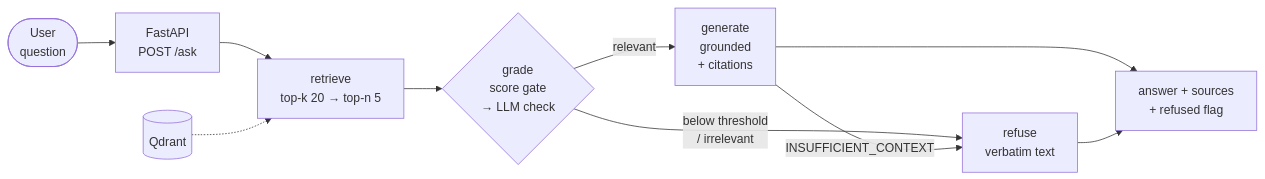
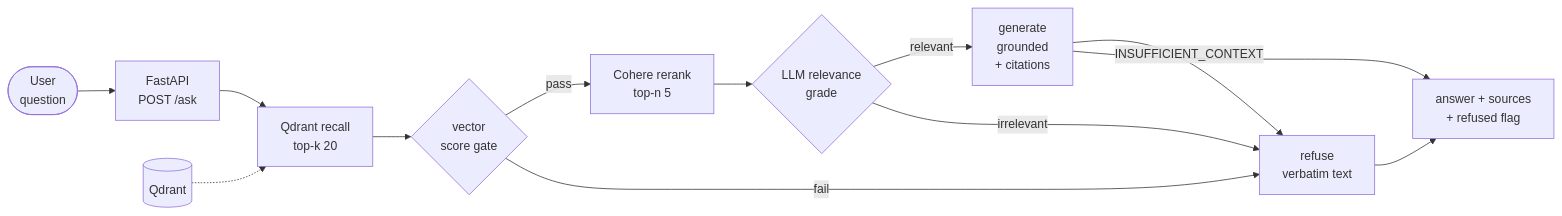
One commit to YN24601/RAG---AI-Act-Chatting changed the second of 2 diagrams in README.md. Above: the diagram before and after it, drawn with Mermaid. The commit also changed other lines of this file and 23 other files, not shown here.

````diff
--- a/README.md
+++ b/README.md
@@ -49,11 +50,14 @@
 ```mermaid
 flowchart LR
-    U(["User<br/>question"]) --> API["FastAPI<br/>POST /ask"] --> R["retrieve<br/>top-k 20 → top-n 5"]
+    U(["User<br/>question"]) --> API["FastAPI<br/>POST /ask"] --> R["Qdrant recall<br/>top-k 20"]
     Q[("Qdrant")] -.-> R
-    R --> G{"grade<br/>score gate<br/>→ LLM check"}
+    R --> SG{"vector<br/>score gate"}
+    SG -- pass --> RR["Cohere rerank<br/>top-n 5"]
+    SG -- fail --> RF
+    RR --> G{"LLM relevance<br/>grade"}
     G -- relevant --> GEN["generate<br/>grounded<br/>+ citations"]
-    G -- "below threshold<br/>/ irrelevant" --> RF["refuse<br/>verbatim text"]
+    G -- irrelevant --> RF["refuse<br/>verbatim text"]
     GEN -- "INSUFFICIENT_CONTEXT" --> RF
     GEN --> OUT["answer + sources<br/>+ refused flag"]
     RF --> OUT
 ```
````
